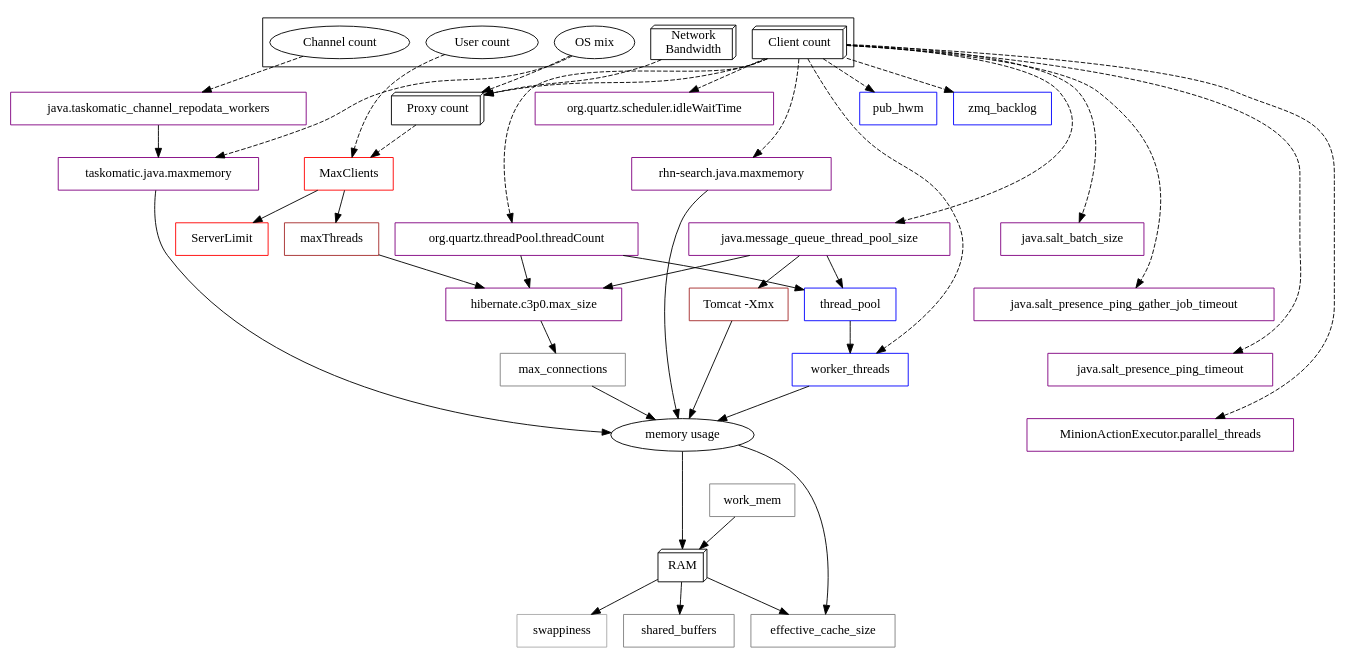
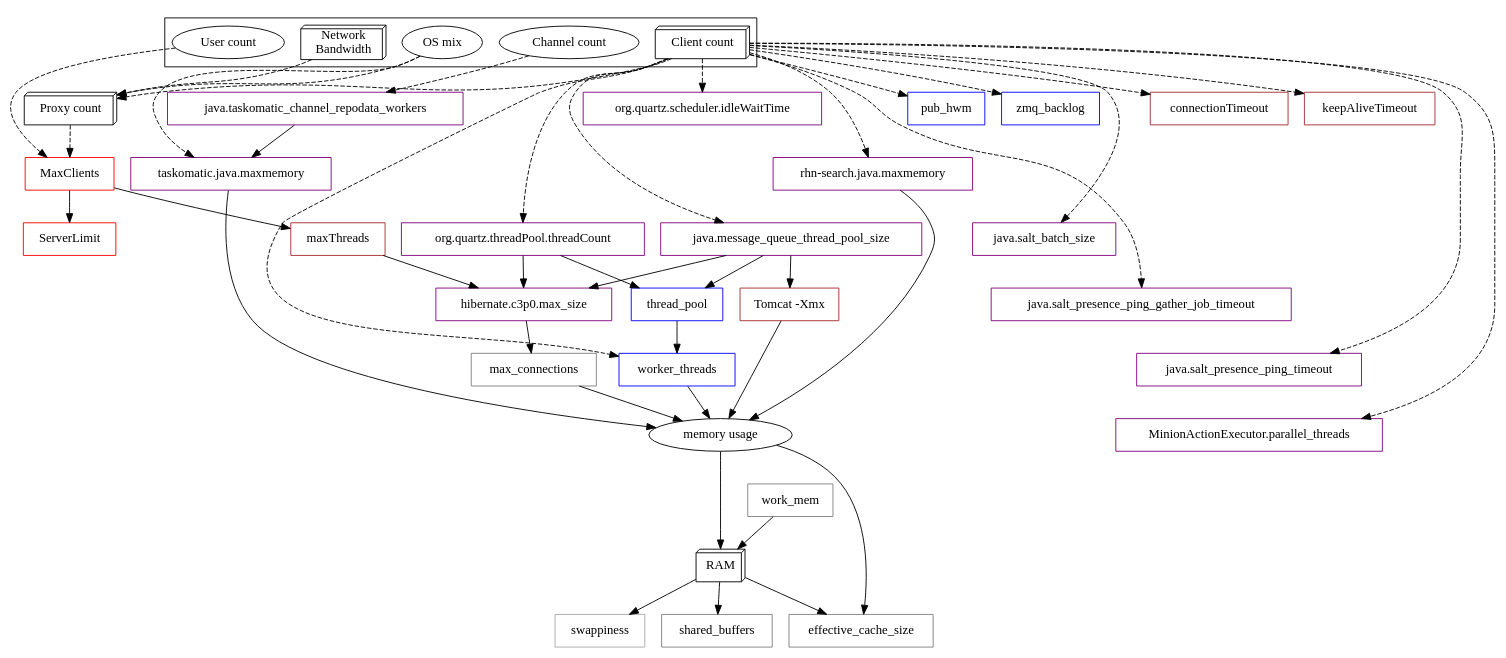
One commit to uyuni-project/uyuni-docs changed the diagram in modules/large-deployments/assets/images/parameter_graph.dot. Above: the diagram before and after it, drawn with Graphviz. The commit also changed 2 other files, not shown here.

```diff
--- a/modules/large-deployments/assets/images/parameter_graph.dot
+++ b/modules/large-deployments/assets/images/parameter_graph.dot
@@ -1,103 +1,107 @@
 digraph G {
 
   subgraph "cluster input" {
      "Network\nBandwidth" "Client count" "Channel count" "OS mix" "User count"
   }
 
   # Influences
   "Channel count" -> "java.taskomatic_channel_repodata_workers" [style=dashed]
   "Client count" -> "java.message_queue_thread_pool_size" [style=dashed]
   "Client count" -> "java.salt_batch_size" [style=dashed]
   "Client count" -> "java.salt_presence_ping_gather_job_timeout" [style=dashed]
   "Client count" -> "java.salt_presence_ping_timeout" [style=dashed]
   "Client count" -> "org.quartz.threadPool.threadCount" [style=dashed]
   "Client count" -> "org.quartz.scheduler.idleWaitTime" [style=dashed]
   "Client count" -> "Proxy count" [style=dashed]
   "Client count" -> "rhn-search.java.maxmemory" [style=dashed]
   "Client count" -> "worker_threads" [style=dashed]
   "Client count" -> "pub_hwm" [style=dashed]
   "Client count" -> "zmq_backlog" [style=dashed]
   "Client count" -> "MinionActionExecutor.parallel_threads" [style=dashed]
+  "Client count" -> "connectionTimeout" [style=dashed]
+  "Client count" -> "keepAliveTimeout" [style=dashed]
   "Network\nBandwidth" -> "Proxy count" [style=dashed]
   "OS mix" -> "Proxy count" [style=dashed]
   "OS mix" -> "taskomatic.java.maxmemory" [style=dashed]
   "Proxy count" -> "MaxClients" [style=dashed]
   "User count" -> "MaxClients" [style=dashed]
 
   # Depends
   "hibernate.c3p0.max_size" -> "max_connections"
   "java.message_queue_thread_pool_size" -> "hibernate.c3p0.max_size"
   "java.message_queue_thread_pool_size" -> "thread_pool"
   "java.message_queue_thread_pool_size" -> "Tomcat -Xmx"
   "java.taskomatic_channel_repodata_workers" -> "taskomatic.java.maxmemory"
   "max_connections" -> "memory usage"
   "MaxClients" -> "maxThreads"
   "MaxClients" -> "ServerLimit"
   "maxThreads" -> "hibernate.c3p0.max_size"
   "memory usage" -> "effective_cache_size"
   "memory usage" -> "RAM"
   "org.quartz.threadPool.threadCount" -> "hibernate.c3p0.max_size"
   "org.quartz.threadPool.threadCount" -> "thread_pool"
   "RAM" -> "effective_cache_size"
   "RAM" -> "shared_buffers"
   "RAM" -> "swappiness"
   "rhn-search.java.maxmemory" -> "memory usage"
   "taskomatic.java.maxmemory" -> "memory usage"
   "thread_pool" -> "worker_threads"
   "Tomcat -Xmx" -> "memory usage"
   "work_mem" -> "RAM"
   "worker_threads" -> "memory usage"
 
    # Invisible edges to help dot output an acceptable graphical result
    edge[style=invis];
   "org.quartz.scheduler.idleWaitTime" ->
   "rhn-search.java.maxmemory" ->
   "rhn-search.java.maxmemory" ->
   "java.salt_batch_size" ->
   "java.salt_presence_ping_gather_job_timeout" ->
   "java.salt_presence_ping_timeout" ->
   "MinionActionExecutor.parallel_threads" ->
   "work_mem";
 
   # rhn.conf parameters
   "hibernate.c3p0.max_size" [shape=rectangle, color=purple, file="/etc/rhn/rhn.conf"]
   "java.message_queue_thread_pool_size" [shape=rectangle, color=purple, file="/etc/rhn/rhn.conf"]
   "java.salt_batch_size" [shape=rectangle, color=purple, file="/etc/rhn/rhn.conf"]
   "java.salt_presence_ping_gather_job_timeout" [shape=rectangle, color=purple]
   "java.salt_presence_ping_timeout" [shape=rectangle, color=purple]
   "java.taskomatic_channel_repodata_workers" [shape=rectangle, color=purple]
   "org.quartz.threadPool.threadCount" [shape=rectangle, color=purple, file="/etc/rhn/rhn.conf"]
   "org.quartz.scheduler.idleWaitTime" [shape=rectangle, color=purple, file="/etc/rhn/rhn.conf"]
   "rhn-search.java.maxmemory"  [shape=rectangle, color=purple, file="/etc/rhn/rhn.conf"]
   "taskomatic.java.maxmemory" [shape=rectangle, color=purple, file="/etc/rhn/rhn.conf"]
   "MinionActionExecutor.parallel_threads" [shape=rectangle, color=purple, file="/etc/rhn/rhn.conf"]
 
   # Tomcat parameters
   "maxThreads" [shape=rectangle, color=brown, file="/etc/tomcat/server.xml"]
+  "connectionTimeout" [shape=rectangle, color=brown, file="/etc/tomcat/server.xml"]
+  "keepAliveTimeout" [shape=rectangle, color=brown, file="/etc/tomcat/server.xml"]
   "Tomcat -Xmx" [shape=rectangle, color=brown, file="/etc/sysconfig/tomcat"]
 
   # Salt parameters
   "thread_pool" [shape=rectangle, color=blue, file="/etc/salt/master.d/tuning.conf"]
   "worker_threads" [shape=rectangle, color=blue, file="/etc/salt/master.d/tuning.conf"]
   "pub_hwm" [shape=rectangle, color=blue, file="/etc/salt/master.d/tuning.conf"]
   "zmq_backlog" [shape=rectangle, color=blue, file="/etc/salt/master.d/tuning.conf"]
 
   # Apache httpd parameters
   "MaxClients" [shape=rectangle, color=red, file="/etc/apache2/server-tuning.conf"]
   "ServerLimit" [shape=rectangle, color=red, file="/etc/apache2/server-tuning.conf"]
 
   # PostgreSQL parameters
   "effective_cache_size" [shape=rectangle, color=grey, file="/var/lib/pgsql/data/postgresql.conf"]
   "max_connections" [shape=rectangle, color=grey, file="/var/lib/pgsql/data/postgresql.conf"]
   "shared_buffers" [shape=rectangle, color=grey, file="/var/lib/pgsql/data/postgresql.conf"]
   "work_mem" [shape=rectangle, color=grey, file="/var/lib/pgsql/data/postgresql.conf"]
 
   # Kernel parameters
   "swappiness" [shape=rectangle, color=darkgrey, file="/etc/sysctl.conf"]
 
   # Hardware
   "Client count" [shape=box3d]
   "Network\nBandwidth" [shape=box3d]
   "Proxy count" [shape=box3d]
   "RAM" [shape=box3d]
 }
```
